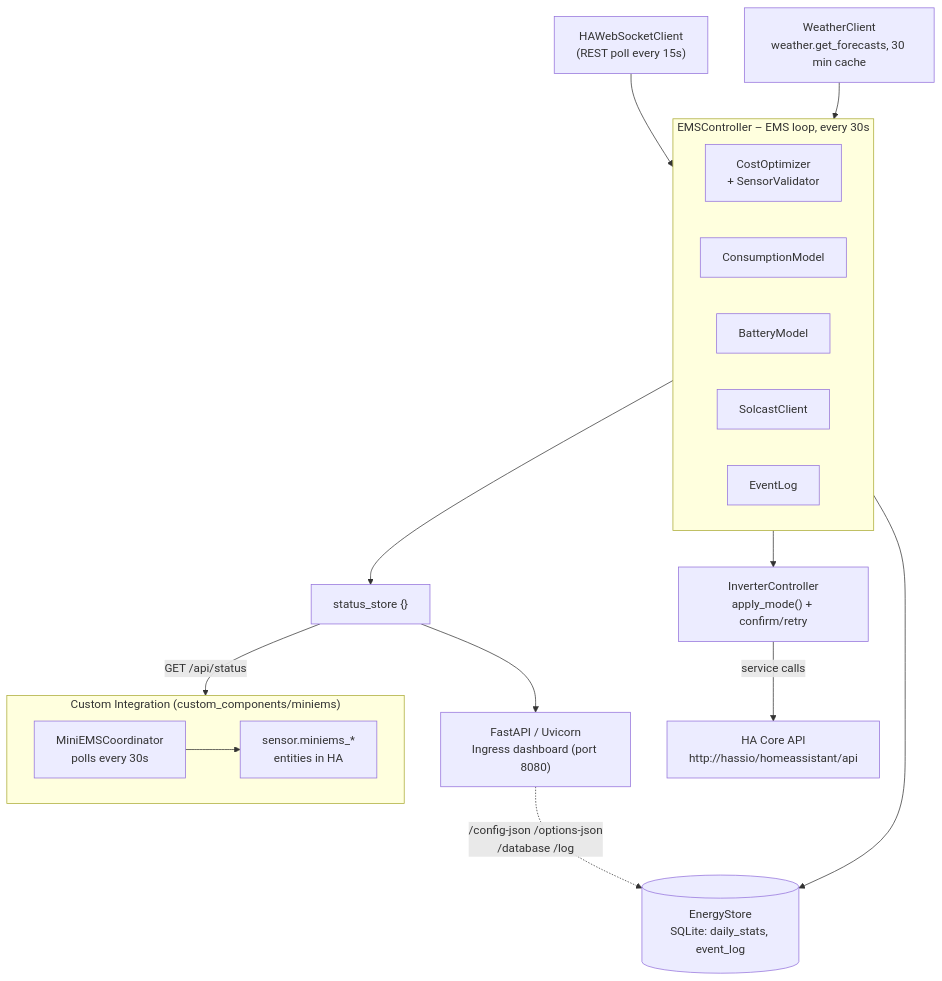
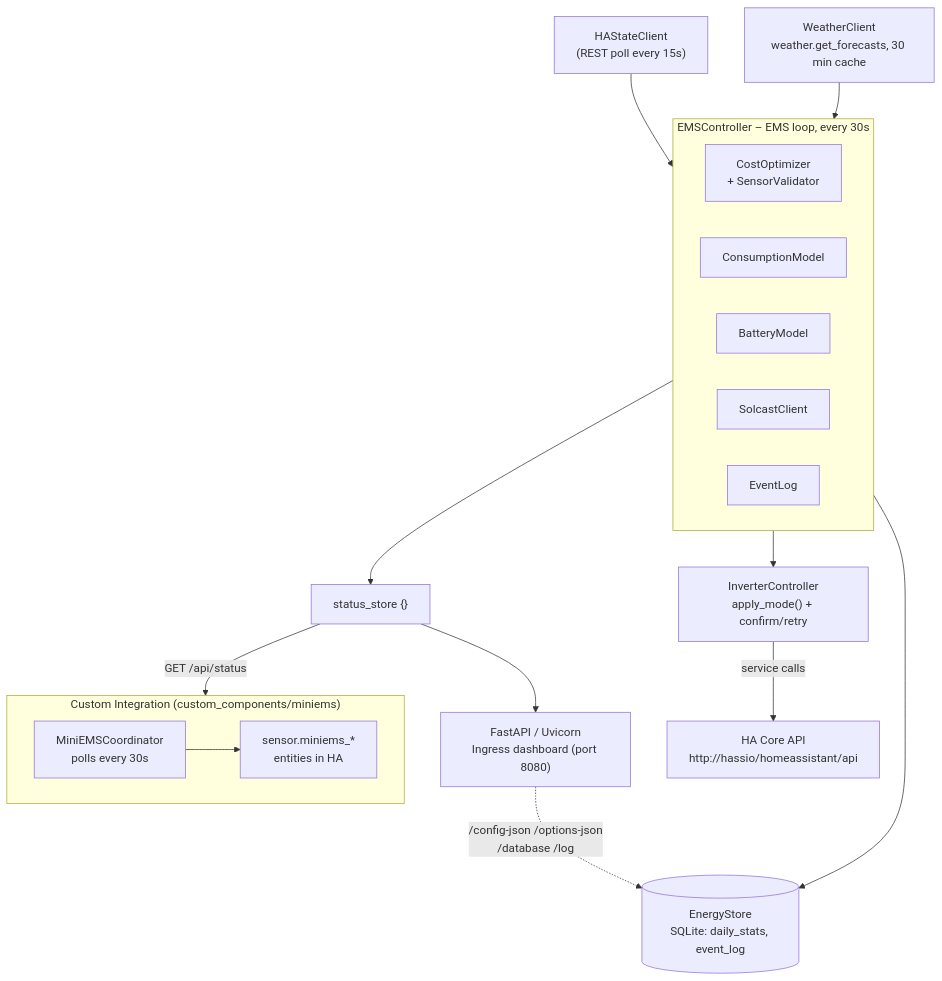
One commit to GuidoJeuken-6512/miniEMS changed the first of 3 diagrams in docs/en/technical/architecture.md. Above: the diagram before and after it, drawn with Mermaid. The commit also changed other lines of this file and 20 other files, not shown here.

First line of the commit message:
v2.0.16: HAWebSocketClient zu HAStateClient umbenannt (kein Verhalten)

````diff
--- a/docs/en/technical/architecture.md
+++ b/docs/en/technical/architecture.md
@@ -9,29 +9,29 @@
 ```mermaid
 flowchart TB
-    WS["HAWebSocketClient<br/>(REST poll every 15s)"] --> EC
+    WS["HAStateClient<br/>(REST poll every 15s)"] --> EC
     WEATHER["WeatherClient<br/>weather.get_forecasts, 30 min cache"] --> EC
 
     subgraph EC["EMSController – EMS loop, every 30s"]
         direction LR
         CO["CostOptimizer<br/>+ SensorValidator"]
         CM["ConsumptionModel"]
         BM["BatteryModel"]
         SOL["SolcastClient"]
         EL["EventLog"]
     end
 
     EC --> INV["InverterController<br/>apply_mode() + confirm/retry"]
     EC --> STORE[("EnergyStore<br/>SQLite: daily_stats, event_log")]
     EC --> SS["status_store {}"]
 
     SS --> WEB["FastAPI / Uvicorn<br/>Ingress dashboard (port 8080)"]
     SS -->|"GET /api/status"| COORD
 
     INV -->|"service calls"| HA["HA Core API<br/>http://hassio/homeassistant/api"]
     WEB -.->|"/config-json /options-json<br/>/database /log"| STORE
 
     subgraph Integration["Custom Integration (custom_components/miniems)"]
         direction LR
         COORD["MiniEMSCoordinator<br/>polls every 30s"] --> SENSORS["sensor.miniems_*<br/>entities in HA"]
     end
 ```
````
